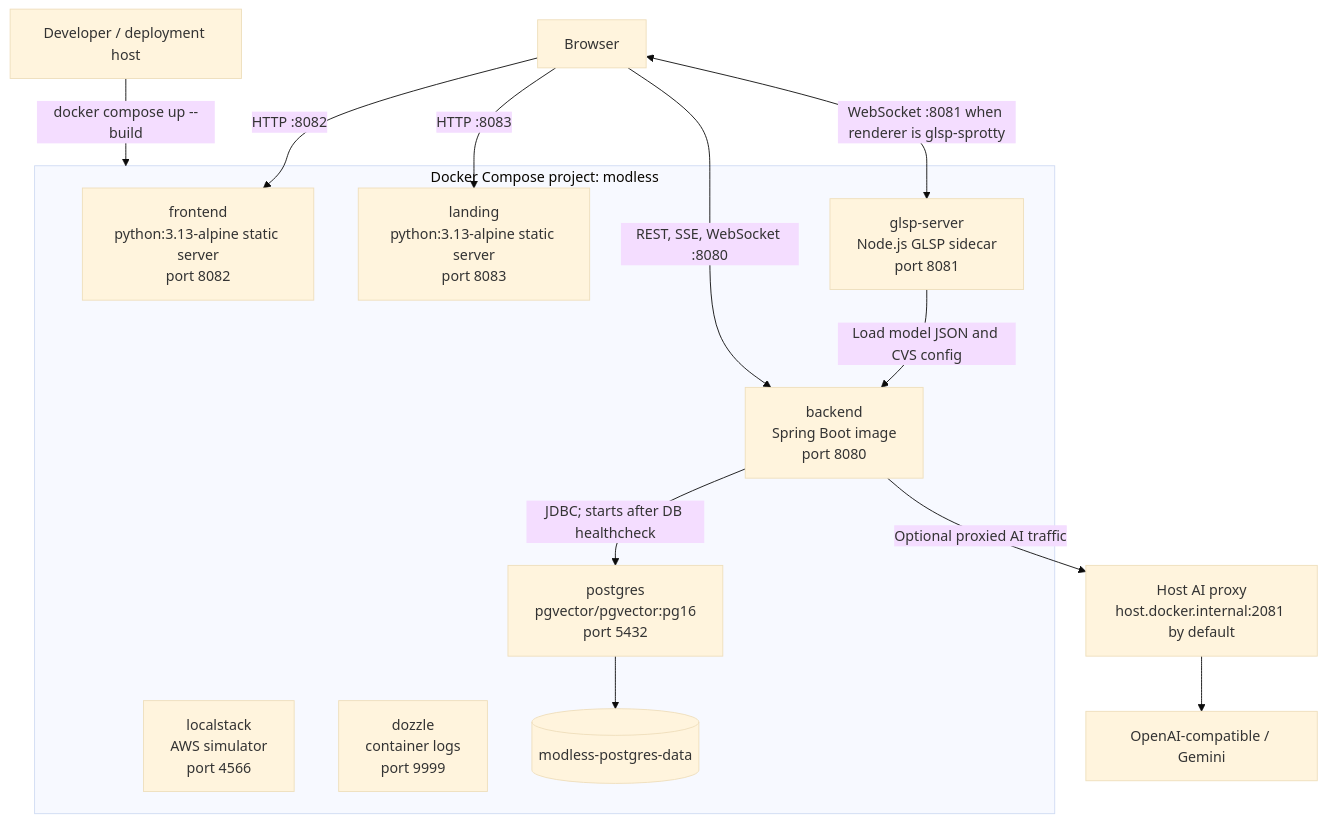
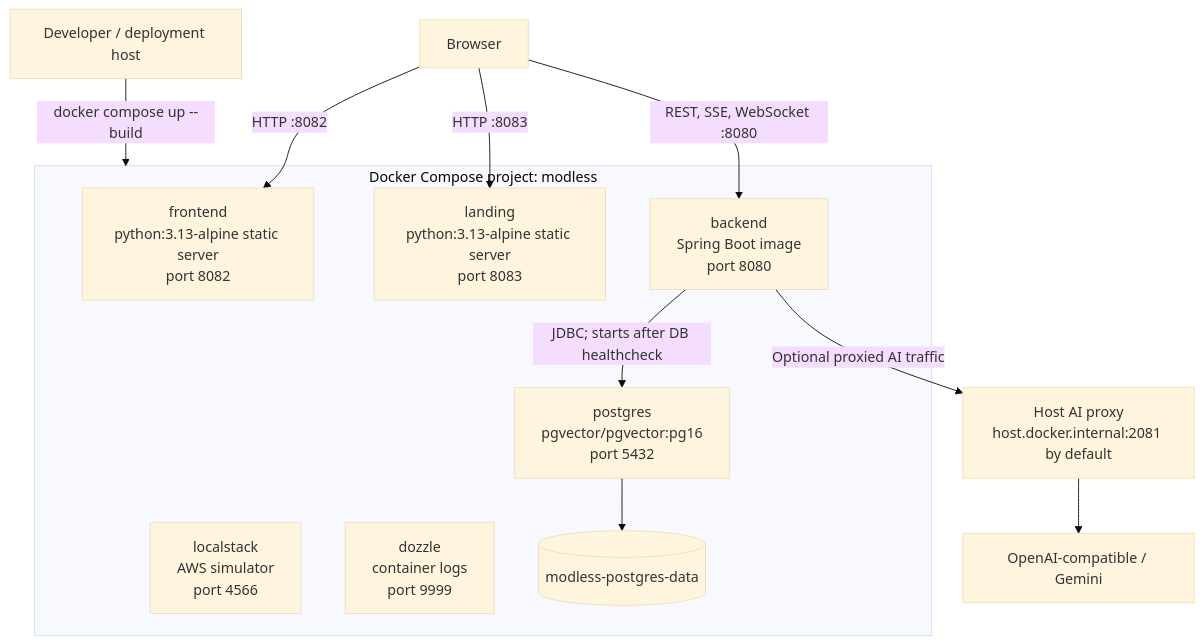
Before and after one commit to mehdieidi/modriss: the first of 2 diagrams in docs/diagrams/04-deployment-and-runtime.md, drawn with Mermaid (base theme). The commit also changed 114 other files, not shown here.

Commit message:
feat(frontend): remove GLSP sprotty

````diff
--- a/docs/diagrams/04-deployment-and-runtime.md
+++ b/docs/diagrams/04-deployment-and-runtime.md
@@ -5,29 +5,26 @@
 ```mermaid
 flowchart TB
     host["Developer / deployment host"]
     browser["Browser"]
 
     subgraph compose["Docker Compose project: modless"]
         frontend["frontend<br/>python:3.13-alpine static server<br/>port 8082"]
-        glsp["glsp-server<br/>Node.js GLSP sidecar<br/>port 8081"]
         landing["landing<br/>python:3.13-alpine static server<br/>port 8083"]
         backend["backend<br/>Spring Boot image<br/>port 8080"]
         postgres["postgres<br/>pgvector/pgvector:pg16<br/>port 5432"]
         localstack["localstack<br/>AWS simulator<br/>port 4566"]
         dozzle["dozzle<br/>container logs<br/>port 9999"]
         volume[("modless-postgres-data")]
     end
 
     proxy["Host AI proxy<br/>host.docker.internal:2081 by default"]
     provider["OpenAI-compatible / Gemini"]
 
     host -->|"docker compose up --build"| compose
     browser -->|"HTTP :8082"| frontend
     browser -->|"HTTP :8083"| landing
     browser -->|"REST, SSE, WebSocket :8080"| backend
-    browser <-->|"WebSocket :8081 when renderer is glsp-sprotty"| glsp
-    glsp -->|"Load model JSON and CVS config"| backend
     backend -->|"JDBC; starts after DB healthcheck"| postgres
     postgres --> volume
     backend -->|"Optional proxied AI traffic"| proxy --> provider
 ```
````
